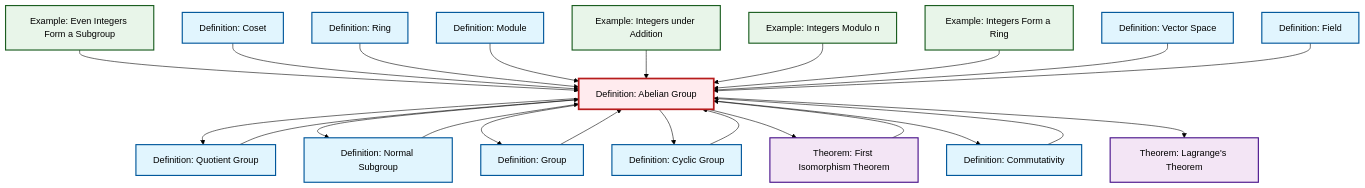
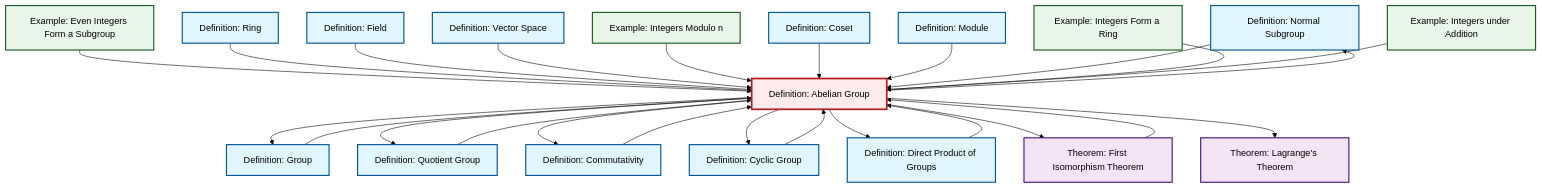
Before and after one commit to RK0429/ModernMath: the diagram in content/en/algebra/def-abelian-group.qmd, drawn with Mermaid (forest theme). The commit also changed other lines of this file and 360 other files, not shown here.

````diff
--- a/content/en/algebra/def-abelian-group.qmd
+++ b/content/en/algebra/def-abelian-group.qmd
@@ -101,65 +102,69 @@
 ```{mermaid}
 %%| fig-cap: "Local dependency graph"
 graph TD
     classDef definition fill:#e1f5fe,stroke:#01579b,stroke-width:2px
     classDef theorem fill:#f3e5f5,stroke:#4a148c,stroke-width:2px
     classDef axiom fill:#fff3e0,stroke:#e65100,stroke-width:2px
     classDef example fill:#e8f5e9,stroke:#1b5e20,stroke-width:2px
     classDef current fill:#ffebee,stroke:#b71c1c,stroke-width:3px
+    def-normal-subgroup["Definition: Normal Subgroup"]:::definition
+    def-quotient-group["Definition: Quotient Group"]:::definition
+    ex-even-integers-subgroup["Example: Even Integers Form a Subgroup"]:::example
+    def-abelian-group["Definition: Abelian Group"]:::definition
+    thm-lagrange["Theorem: Lagrange's Theorem"]:::theorem
+    thm-first-isomorphism["Theorem: First Isomorphism Theorem"]:::theorem
+    ex-integers-addition["Example: Integers under Addition"]:::example
+    def-coset["Definition: Coset"]:::definition
+    ex-quotient-integers-mod-n["Example: Integers Modulo n"]:::example
+    def-field["Definition: Field"]:::definition
     def-module["Definition: Module"]:::definition
-    ex-quotient-integers-mod-n["Example: Integers Modulo n"]:::example
-    def-abelian-group["Definition: Abelian Group"]:::definition
+    def-vector-space["Definition: Vector Space"]:::definition
+    def-cyclic-group["Definition: Cyclic Group"]:::definition
+    def-direct-product["Definition: Direct Product of Groups"]:::definition
+    def-group["Definition: Group"]:::definition
+    def-ring["Definition: Ring"]:::definition
     def-commutativity["Definition: Commutativity"]:::definition
-    def-normal-subgroup["Definition: Normal Subgroup"]:::definition
-    def-cyclic-group["Definition: Cyclic Group"]:::definition
-    thm-first-isomorphism["Theorem: First Isomorphism Theorem"]:::theorem
-    ex-even-integers-subgroup["Example: Even Integers Form a Subgroup"]:::example
-    def-coset["Definition: Coset"]:::definition
-    def-field["Definition: Field"]:::definition
-    def-group["Definition: Group"]:::definition
-    ex-integers-addition["Example: Integers under Addition"]:::example
-    thm-lagrange["Theorem: Lagrange's Theorem"]:::theorem
-    def-vector-space["Definition: Vector Space"]:::definition
-    def-ring["Definition: Ring"]:::definition
     ex-integers-ring["Example: Integers Form a Ring"]:::example
-    def-quotient-group["Definition: Quotient Group"]:::definition
+    def-cyclic-group --> def-abelian-group
+    def-abelian-group --> def-group
+    def-direct-product --> def-abelian-group
     ex-even-integers-subgroup --> def-abelian-group
+    def-ring --> def-abelian-group
+    def-abelian-group --> def-quotient-group
+    def-field --> def-abelian-group
+    def-vector-space --> def-abelian-group
+    def-abelian-group --> def-commutativity
+    thm-first-isomorphism --> def-abelian-group
+    ex-quotient-integers-mod-n --> def-abelian-group
+    def-abelian-group --> def-cyclic-group
     def-coset --> def-abelian-group
-    def-abelian-group --> def-quotient-group
-    def-ring --> def-abelian-group
+    def-module --> def-abelian-group
+    def-commutativity --> def-abelian-group
     def-normal-subgroup --> def-abelian-group
-    def-module --> def-abelian-group
+    def-group --> def-abelian-group
+    ex-integers-ring --> def-abelian-group
     ex-integers-addition --> def-abelian-group
-    def-group --> def-abelian-group
-    thm-first-isomorphism --> def-abelian-group
+    def-abelian-group --> def-direct-product
+    def-abelian-group --> thm-first-isomorphism
     def-quotient-group --> def-abelian-group
     def-abelian-group --> def-normal-subgroup
-    ex-quotient-integers-mod-n --> def-abelian-group
-    def-abelian-group --> def-group
-    def-commutativity --> def-abelian-group
-    def-abelian-group --> def-cyclic-group
-    def-abelian-group --> thm-first-isomorphism
-    def-abelian-group --> def-commutativity
-    ex-integers-ring --> def-abelian-group
     def-abelian-group --> thm-lagrange
-    def-vector-space --> def-abelian-group
-    def-field --> def-abelian-group
-    def-cyclic-group --> def-abelian-group
     class def-abelian-group current
+    click def-normal-subgroup "def-normal-subgroup.html" "Go to Normal Subgroup definition"
+    click def-quotient-group "def-quotient-group.html" "Go to Quotient Group definition"
+    click ex-even-integers-subgroup "ex-even-integers-subgroup.html" "Go to Even Integers Form a Subgroup example"
+    click thm-lagrange "thm-lagrange.html" "Go to Lagrange's Theorem theorem"
+    click thm-first-isomorphism "thm-first-isomorphism.html" "Go to First Isomorphism Theorem theorem"
+    click ex-integers-addition "ex-integers-addition.html" "Go to Integers under Addition example"
+    click def-coset "def-coset.html" "Go to Coset definition"
+    click ex-quotient-integers-mod-n "ex-quotient-integers-mod-n.html" "Go to Integers Modulo n example"
+    click def-field "def-field.html" "Go to Field definition"
     click def-module "def-module.html" "Go to Module definition"
-    click ex-quotient-integers-mod-n "ex-quotient-integers-mod-n.html" "Go to Integers Modulo n example"
+    click def-vector-space "def-vector-space.html" "Go to Vector Space definition"
+    click def-cyclic-group "def-cyclic-group.html" "Go to Cyclic Group definition"
+    click def-direct-product "def-direct-product.html" "Go to Direct Product of Groups definition"
+    click def-group "def-group.html" "Go to Group definition"
+    click def-ring "def-ring.html" "Go to Ring definition"
     click def-commutativity "def-commutativity.html" "Go to Commutativity definition"
-    click def-normal-subgroup "def-normal-subgroup.html" "Go to Normal Subgroup definition"
-    click def-cyclic-group "def-cyclic-group.html" "Go to Cyclic Group definition"
-    click thm-first-isomorphism "thm-first-isomorphism.html" "Go to First Isomorphism Theorem theorem"
-    click ex-even-integers-subgroup "ex-even-integers-subgroup.html" "Go to Even Integers Form a Subgroup example"
-    click def-coset "def-coset.html" "Go to Coset definition"
-    click def-field "def-field.html" "Go to Field definition"
-    click def-group "def-group.html" "Go to Group definition"
-    click ex-integers-addition "ex-integers-addition.html" "Go to Integers under Addition example"
-    click thm-lagrange "thm-lagrange.html" "Go to Lagrange's Theorem theorem"
-    click def-vector-space "def-vector-space.html" "Go to Vector Space definition"
-    click def-ring "def-ring.html" "Go to Ring definition"
     click ex-integers-ring "ex-integers-ring.html" "Go to Integers Form a Ring example"
-    click def-quotient-group "def-quotient-group.html" "Go to Quotient Group definition"
 ```
````
